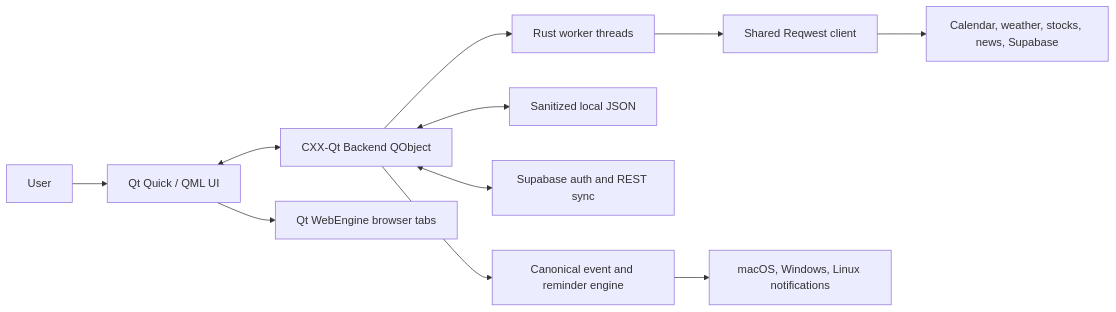
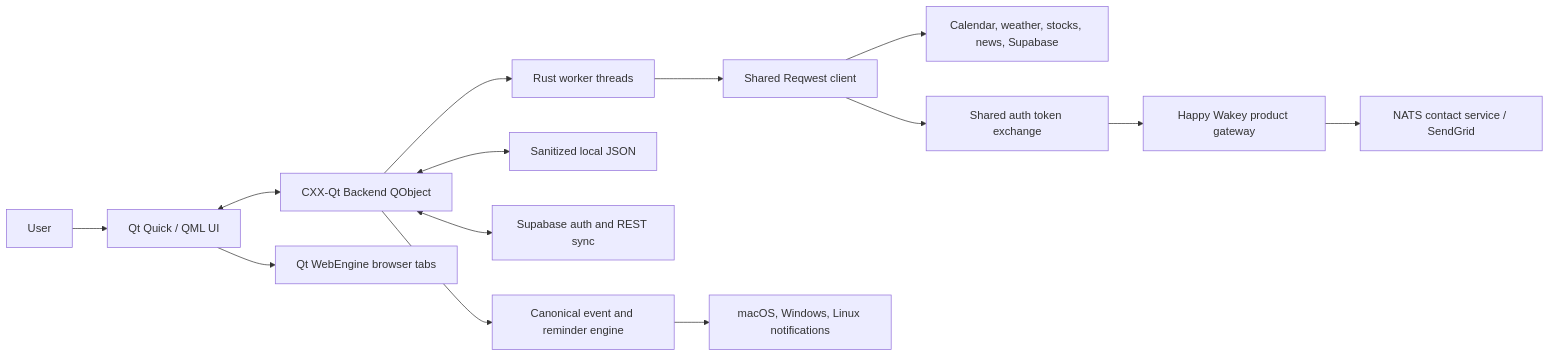
Before and after one commit to ORESoftware/happy-wakey.rs: the first of 2 diagrams in docs/ARCHITECTURE_AND_TECH_STACK.md, drawn with Mermaid. The commit also changed other lines of this file and 14 other files, not shown here.

````diff
--- a/docs/ARCHITECTURE_AND_TECH_STACK.md
+++ b/docs/ARCHITECTURE_AND_TECH_STACK.md
@@ -23,13 +23,16 @@
 ```mermaid
 flowchart LR
     User["User"] --> QML["Qt Quick / QML UI"]
     QML <--> Backend["CXX-Qt Backend QObject"]
     Backend --> Workers["Rust worker threads"]
     Workers --> HTTP["Shared Reqwest client"]
     HTTP --> Providers["Calendar, weather, stocks, news, Supabase"]
+    HTTP --> SharedAuth["Shared auth token exchange"]
+    SharedAuth --> Gateway["Happy Wakey product gateway"]
+    Gateway --> Contact["NATS contact service / SendGrid"]
     Backend <--> Config["Sanitized local JSON"]
     Backend <--> Supabase["Supabase auth and REST sync"]
     Backend --> ReminderEngine["Canonical event and reminder engine"]
     ReminderEngine --> OSNotifications["macOS, Windows, Linux notifications"]
     QML --> WebEngine["Qt WebEngine browser tabs"]
 ```
````
